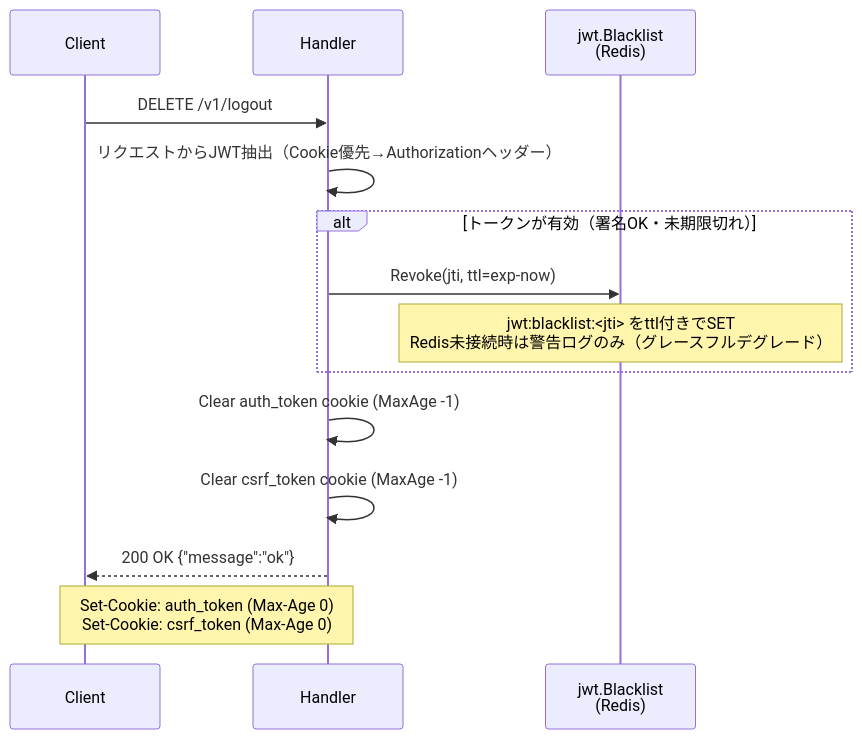
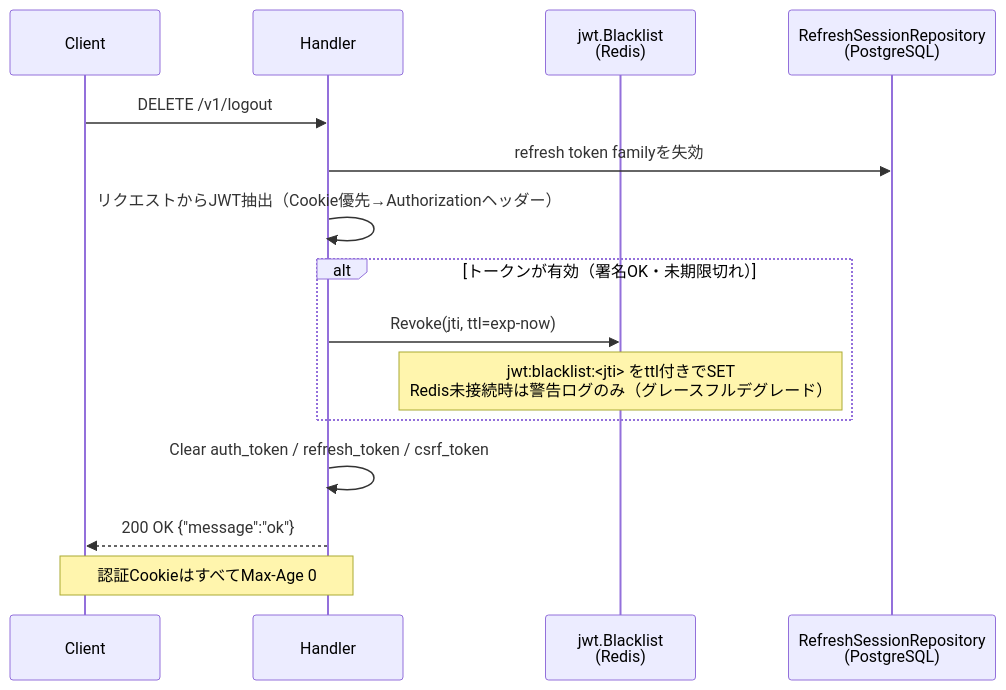
One commit to UCHIDAnobuhiro/stock-backend changed the fourth of 7 diagrams in docs/features/auth.md. Above: the diagram before and after it, drawn with Mermaid. The commit also changed other lines of this file and 47 other files, not shown here.

````diff
--- a/docs/features/auth.md
+++ b/docs/features/auth.md
@@ -127,17 +154,18 @@
 ```mermaid
 sequenceDiagram
     participant Client
     participant Handler as Handler
     participant Blacklist as jwt.Blacklist<br/>(Redis)
+    participant Sessions as RefreshSessionRepository<br/>(PostgreSQL)
 
     Client->>Handler: DELETE /v1/logout
+    Handler->>Sessions: refresh token familyを失効
     Handler->>Handler: リクエストからJWT抽出（Cookie優先→Authorizationヘッダー）
     alt トークンが有効（署名OK・未期限切れ）
         Handler->>Blacklist: Revoke(jti, ttl=exp-now)
         Note over Blacklist: jwt:blacklist:<jti> をttl付きでSET<br/>Redis未接続時は警告ログのみ（グレースフルデグレード）
     end
-    Handler->>Handler: Clear auth_token cookie (MaxAge -1)
-    Handler->>Handler: Clear csrf_token cookie (MaxAge -1)
+    Handler->>Handler: Clear auth_token / refresh_token / csrf_token
     Handler-->>Client: 200 OK {"message":"ok"}
-    Note over Handler,Client: Set-Cookie: auth_token (Max-Age 0)<br/>Set-Cookie: csrf_token (Max-Age 0)
+    Note over Handler,Client: 認証CookieはすべてMax-Age 0
 ```
````
